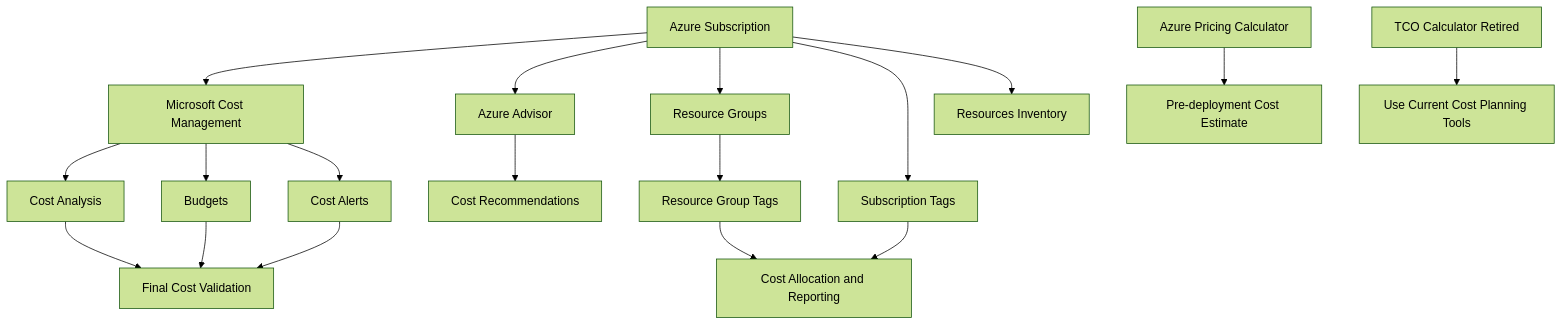
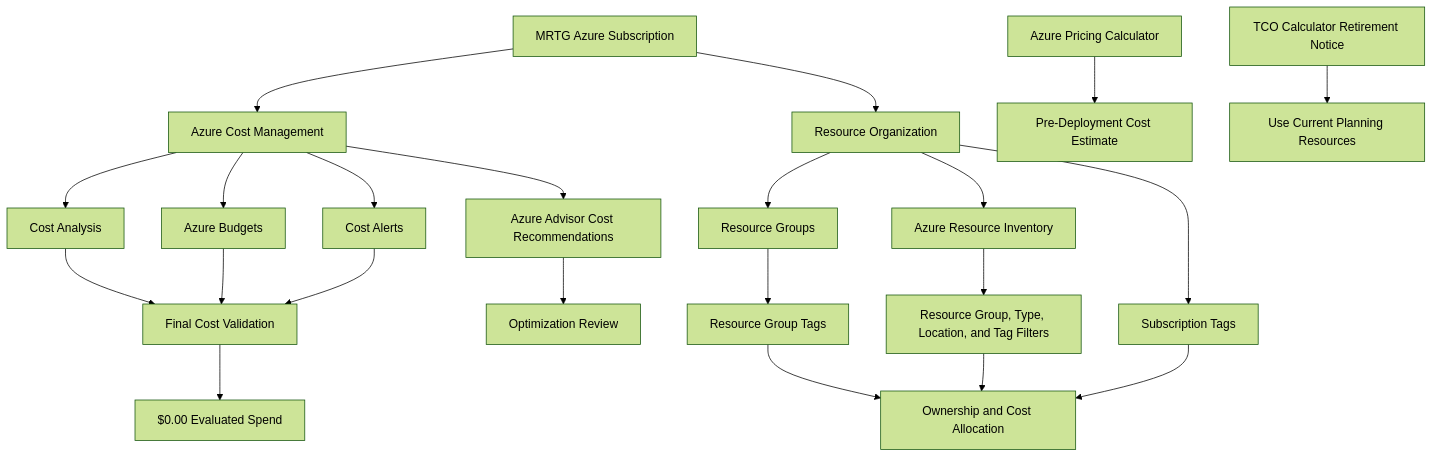
Before and after one commit to mattallen-it/mrtg-az900-the-bridge: the first of 2 diagrams in labs/lab-09-azure-cost-management-and-resource-organization/README.md, drawn with Mermaid (forest theme). The commit also changed other lines of this file, not shown here.

````diff
--- a/labs/lab-09-azure-cost-management-and-resource-organization/README.md
+++ b/labs/lab-09-azure-cost-management-and-resource-organization/README.md
@@ -135,24 +344,31 @@
 ```mermaid
 flowchart TD
-    Azure[Azure Subscription] --> CostMgmt[Microsoft Cost Management]
-    CostMgmt --> CostAnalysis[Cost Analysis]
-    CostMgmt --> Budgets[Budgets]
-    CostMgmt --> Alerts[Cost Alerts]
+    Subscription[MRTG Azure Subscription] --> Cost[Azure Cost Management]
+    Subscription --> Organization[Resource Organization]
 
-    Azure --> Advisor[Azure Advisor]
-    Advisor --> CostRecs[Cost Recommendations]
+    Cost --> Analysis[Cost Analysis]
+    Cost --> Budgets[Azure Budgets]
+    Cost --> Alerts[Cost Alerts]
+    Cost --> Advisor[Azure Advisor Cost Recommendations]
 
-    Azure --> RG[Resource Groups]
+    Pricing[Azure Pricing Calculator] --> Estimate[Pre-Deployment Cost Estimate]
+    TCO[TCO Calculator Retirement Notice] --> CurrentTools[Use Current Planning Resources]
+
+    Organization --> RG[Resource Groups]
+    Organization --> Resources[Azure Resource Inventory]
+    Organization --> SubTags[Subscription Tags]
+
     RG --> RGTags[Resource Group Tags]
-    Azure --> SubTags[Subscription Tags]
-    Azure --> Resources[Resources Inventory]
+    Resources --> Filters[Resource Group, Type, Location, and Tag Filters]
 
-    Pricing[Azure Pricing Calculator] --> Estimate[Pre-deployment Cost Estimate]
-    TCO[TCO Calculator Retired] --> Note[Use Current Cost Planning Tools]
+    RGTags --> Reporting[Ownership and Cost Allocation]
+    SubTags --> Reporting
+    Filters --> Reporting
 
-    RGTags --> Reporting[Cost Allocation and Reporting]
-    SubTags --> Reporting
     Budgets --> Validation[Final Cost Validation]
-    CostAnalysis --> Validation
+    Analysis --> Validation
     Alerts --> Validation
+    Advisor --> Optimization[Optimization Review]
+
+    Validation --> Result[$0.00 Evaluated Spend]
 ```
````
